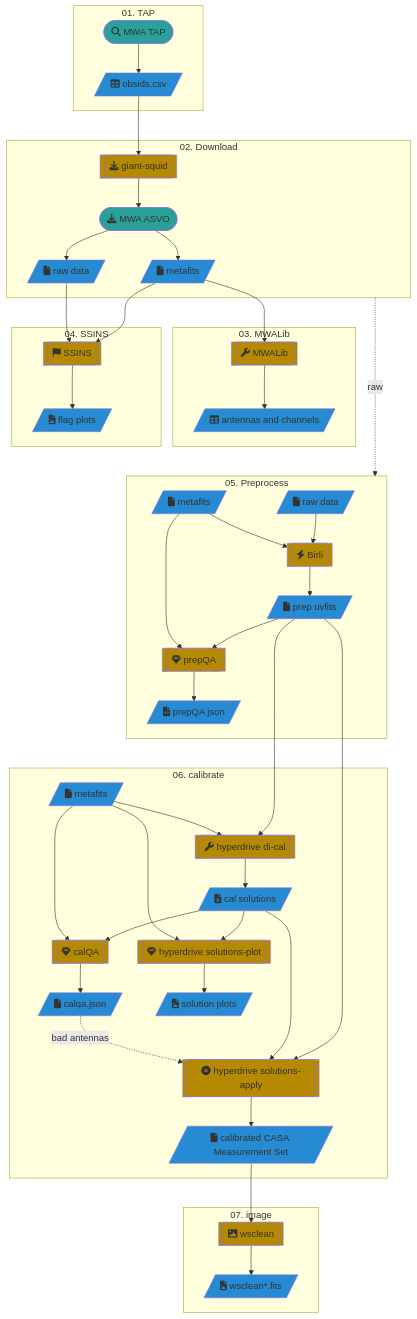
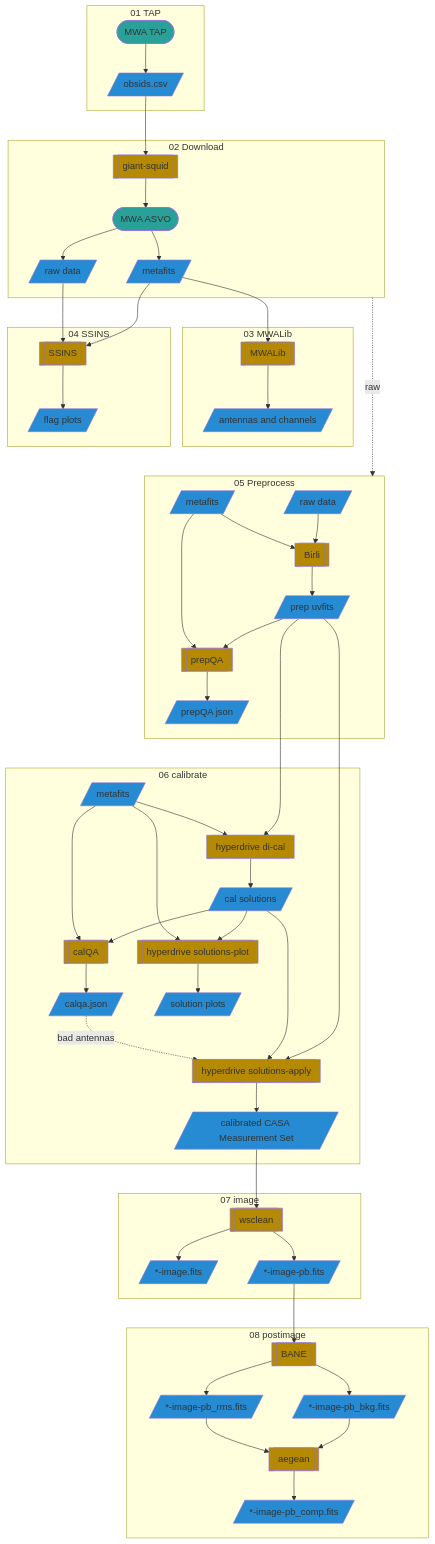
One commit to MWATelescope/mwa-demo changed the diagram in README.md. Above: the diagram before and after it, drawn with Mermaid.

Commit message:
add postimg to flow

````diff
--- a/README.md
+++ b/README.md
@@ -12,60 +12,60 @@
 classDef proc fill:#b58900;
 classDef decision fill:#cb4b16;
 
-subgraph s01 ["01. TAP"]
-  mwaTap([fa:fa-search MWA TAP ]); class mwaTap in;
-  obsids[/"fa:fa-table obsids.csv "/]; class obsids file;
+subgraph s01["01 TAP"]
+  mwaTap([ MWA TAP ]); class mwaTap in;
+  obsids[/" obsids.csv "/]; class obsids file;
   mwaTap --> obsids;
 end
 
-subgraph s02 ["02. Download"]
-  mwaAsvo([fa:fa-download MWA ASVO]); class mwaAsvo in;
-  giant-squid[[fa:fa-download giant-squid ]]; class giant-squid proc;
-  raw[/ fa:fa-file raw data /]; class raw file;
-  metafits[/ fa:fa-file metafits /]; class metafits file;
+subgraph s02["02 Download"]
+  mwaAsvo([ MWA ASVO]); class mwaAsvo in;
+  giant-squid[[ giant-squid ]]; class giant-squid proc;
+  raw[/ raw data /]; class raw file;
+  metafits[/ metafits /]; class metafits file;
   obsids --> giant-squid --> mwaAsvo --> raw & metafits;
 end
 
-subgraph s03 ["03. MWALib"]
-  mwalib[[fa:fa-wrench MWALib]]; class mwalib proc;
-  mwalibOut[/fa:fa-table antennas and channels /]; class mwalibOut file;
-  %% channels[/fa:fa-table channels.csv/]; class channels file;
+subgraph s03["03 MWALib"]
+  mwalib[[ MWALib]]; class mwalib proc;
+  mwalibOut[/ antennas and channels /]; class mwalibOut file;
+  %% channels[/ channels.csv/]; class channels file;
   metafits --> mwalib --> mwalibOut;
 end
 
-subgraph s04 ["04. SSINS"]
-  ssins[[fa:fa-flag SSINS]]; class ssins proc;
-  flags[/fa:fa-file-image flag plots/]; class flags file;
+subgraph s04["04 SSINS"]
+  ssins[[ SSINS]]; class ssins proc;
+  flags[/ flag plots/]; class flags file;
   raw & metafits --> ssins --> flags;
 end
 
 s02 -.....->|raw| s05
 
-subgraph s05 ["05. Preprocess"]
-  birli[[fa:fa-bolt Birli ]]; class birli proc;
-  prepUVFits[/fa:fa-file preprocessed uvfits /]; class prepUVFits file;
-  prepQA[[fa:fa-gem prepQA]]; class prepQA proc;
-  prepQAJson[/fa:fa-file-code prepQA json /]; class prepQAJson file;
+subgraph s05["05 Preprocess"]
+  birli[[ Birli ]]; class birli proc;
+  prepUVFits[/ preprocessed uvfits /]; class prepUVFits file;
+  prepQA[[ prepQA]]; class prepQA proc;
+  prepQAJson[/ prepQA json /]; class prepQAJson file;
   %% local copy of metafits and raw to simplify graph
-  metafits05[/fa:fa-file metafits /]; class metafits05 file;
-  raw05[/ fa:fa-file raw data /]; class raw05 file;
+  metafits05[/ metafits /]; class metafits05 file;
+  raw05[/ raw data /]; class raw05 file;
 
   metafits05 & raw05 --> birli --> prepUVFits;
   metafits05 & prepUVFits --> prepQA --> prepQAJson;
 end
 
-subgraph s06 ["06. calibrate"]
-  hypCalSol[[fa:fa-wrench hyperdrive di-cal]]; class hypCalSol proc
-  calSol[/fa:fa-file-excel cal solutions/]; class calSol file
-  prepUVFits[/fa:fa-file prep uvfits/]; class prepUVFits file
-  calQA[[fa:fa-gem calQA]]; class calQA proc;
-  calQAJson[/"fa:fa-file calqa.json "/]; class calQAJson file
-  plotSolutions[[fa:fa-gem hyperdrive solutions-plot]]; class plotSolutions proc
-  plotSol[/"fa:fa-file-image solution plots "/]; class plotSol file
-  hypApply[[fa:fa-times-circle hyperdrive solutions-apply ]]; class hypApply proc
-  calMS[/fa:fa-file calibrated CASA Measurement Set /]; class calMS file
+subgraph s06["06 calibrate"]
+  hypCalSol[[ hyperdrive di-cal]]; class hypCalSol proc
+  calSol[/ cal solutions/]; class calSol file
+  prepUVFits[/ prep uvfits/]; class prepUVFits file
+  calQA[[ calQA]]; class calQA proc;
+  calQAJson[/" calqa.json "/]; class calQAJson file
+  plotSolutions[[ hyperdrive solutions-plot]]; class plotSolutions proc
+  plotSol[/" solution plots "/]; class plotSol file
+  hypApply[[ hyperdrive solutions-apply ]]; class hypApply proc
+  calMS[/ calibrated CASA Measurement Set /]; class calMS file
   %% local copy of metafits to simplify graph
-  metafits06[/fa:fa-file metafits /]; class metafits06 file;
+  metafits06[/ metafits /]; class metafits06 file;
 
   metafits06 --> hypCalSol
   prepUVFits -----> hypCalSol --> calSol
@@ -76,12 +76,23 @@
   calSol & prepUVFits --> hypApply --> calMS
 end
 
-subgraph s07 ["07. image"]
-  imgDConv[/"fa:fa-file-image wsclean*.fits "/]; class imgDConv file
-  wscleanDConv[[fa:fa-image wsclean ]]; class wscleanDConv proc
-  %% imgMetricsJson[/fa:fa-file img_metrics.json /]; class imgMetricsJson file
-  %% imgQA[[fa:fa-gem imgQA]]; class imgQA proc;
-  calMS --> wscleanDConv --> imgDConv
+subgraph s07["07 image"]
+  imgDConv[/" *-image.fits "/]; class imgDConv file
+  imgPB[/" *-image-pb.fits "/]; class imgPB file
+  wscleanDConv[[ wsclean ]]; class wscleanDConv proc
+  %% imgMetricsJson[/ img_metrics.json /]; class imgMetricsJson file
+  %% imgQA[[ imgQA ]]; class imgQA proc;
+  calMS --> wscleanDConv --> imgDConv & imgPB
   %% --> imgQA --> imgMetricsJson
 end
+
+subgraph s08["08 postimage"]
+  bane[[ BANE ]]; class bane proc
+  imgPBRMS[/" *-image-pb_rms.fits "/]; class imgPBRMS file
+  imgPBBkg[/" *-image-pb_bkg.fits "/]; class imgPBBkg file
+  aegean[[ aegean ]]; class aegean proc
+  imgPBComp[/" *-image-pb_comp.fits "/]; class imgPBComp file
+  imgPB --> bane --> imgPBRMS & imgPBBkg
+  imgPBRMS & imgPBBkg --> aegean --> imgPBComp
+end
 ```
````
